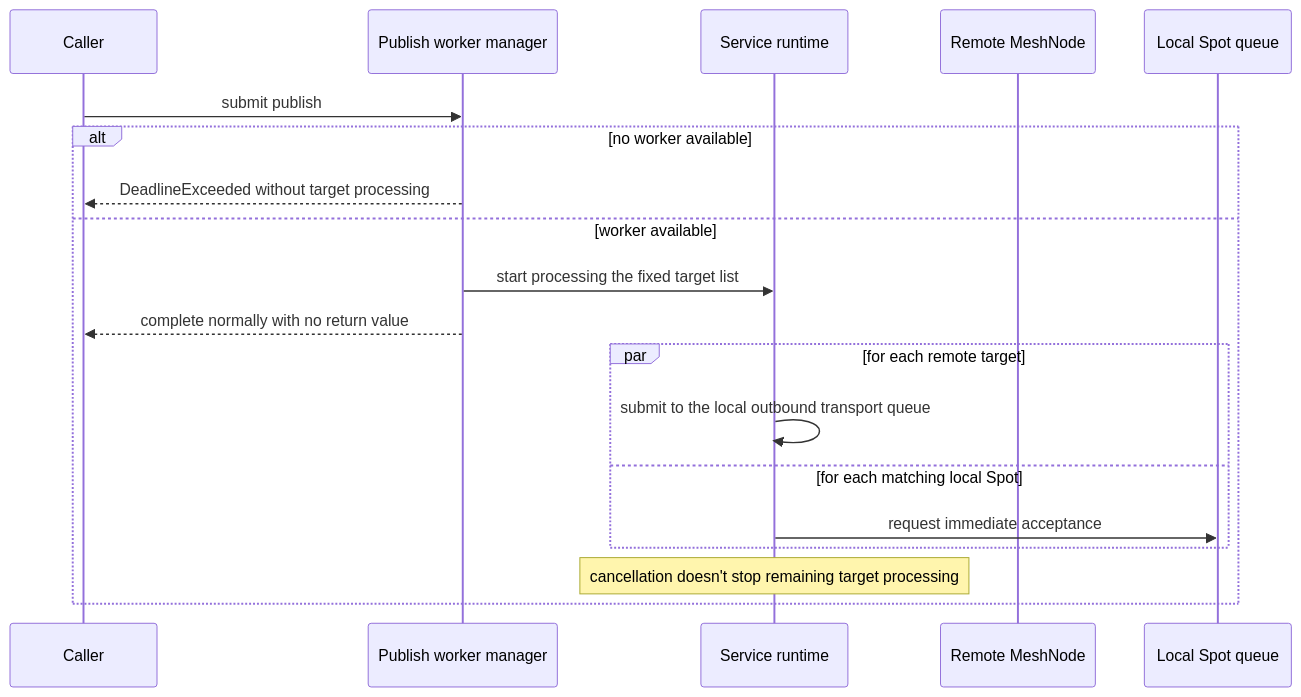
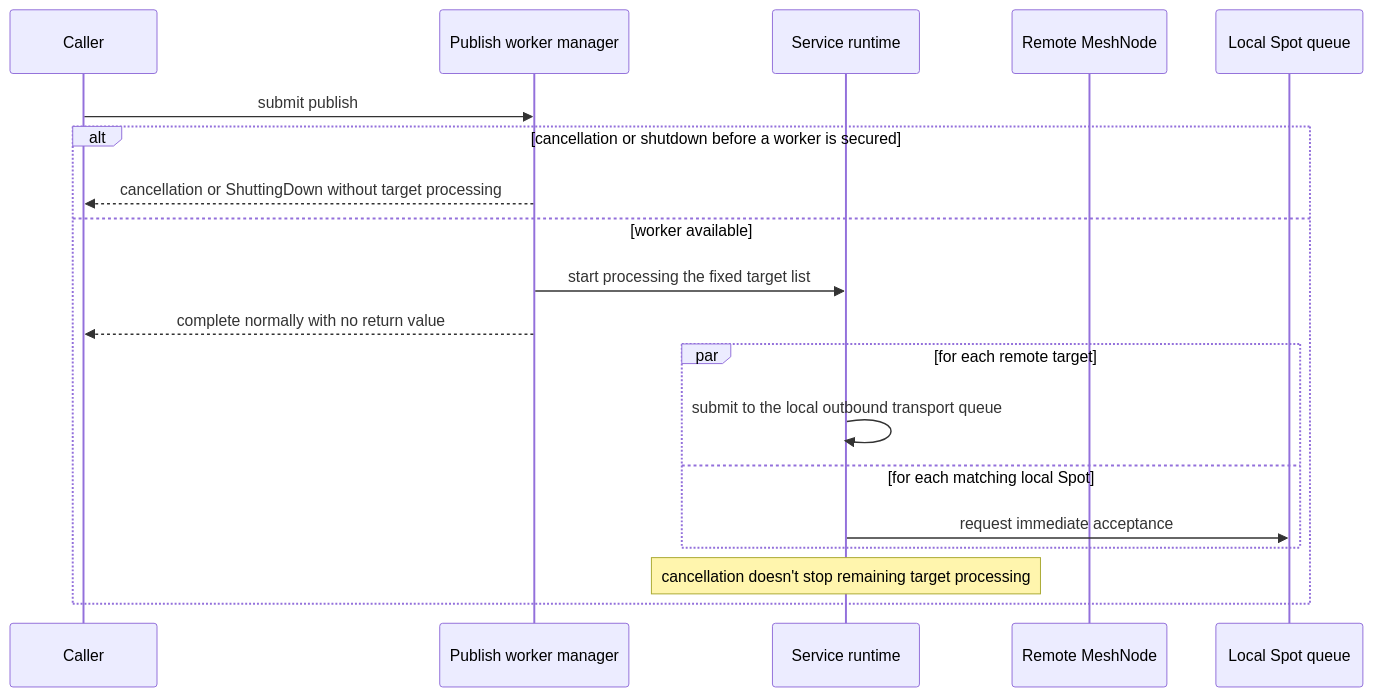
One commit to zlink-systems/zlink changed the second of 2 diagrams in framework/doc/framework/common/spec/server/03-spot-actor/02-spot-messaging.en.md. Above: the diagram before and after it, drawn with Mermaid. The commit also changed other lines of this file and 64 other files, not shown here.

````diff
--- a/framework/doc/framework/common/spec/server/03-spot-actor/02-spot-messaging.en.md
+++ b/framework/doc/framework/common/spec/server/03-spot-actor/02-spot-messaging.en.md
@@ -648,22 +642,22 @@
 ```mermaid
 sequenceDiagram
     participant Caller
     participant Executor as Publish worker manager
     participant Runtime as Service runtime
     participant Remote as Remote MeshNode
     participant Local as Local Spot queue
 
     Caller->>Executor: submit publish
-    alt no worker available
-        Executor-->>Caller: DeadlineExceeded without target processing
+    alt cancellation or shutdown before a worker is secured
+        Executor-->>Caller: cancellation or ShuttingDown without target processing
     else worker available
         Executor->>Runtime: start processing the fixed target list
         Executor-->>Caller: complete normally with no return value
         par for each remote target
             Runtime->>Runtime: submit to the local outbound transport queue
         and for each matching local Spot
             Runtime->>Local: request immediate acceptance
         end
         Note over Runtime: cancellation doesn't stop remaining target processing
     end
 ```
````
